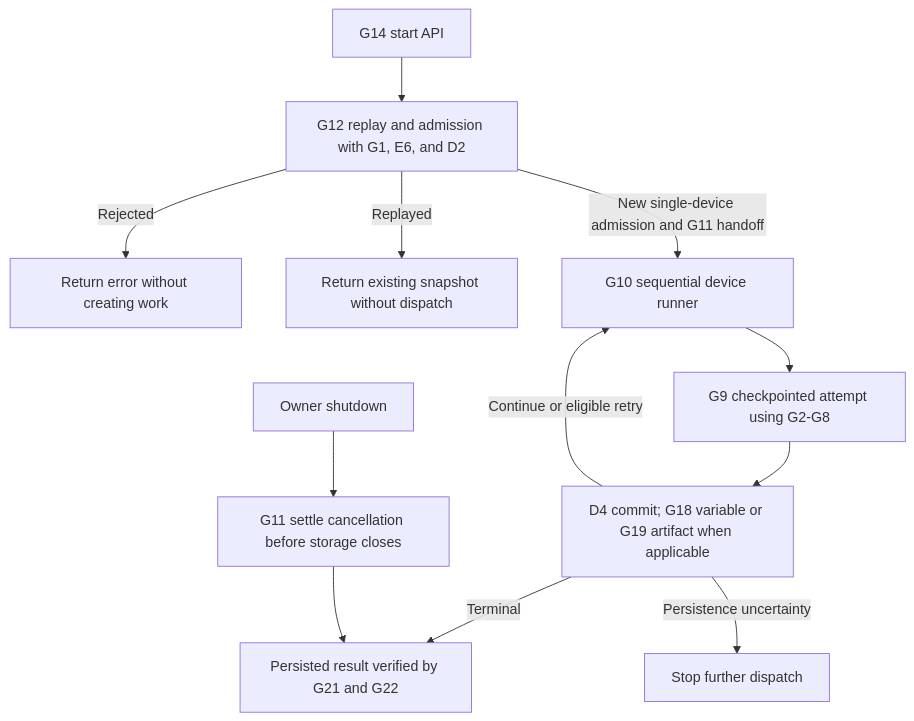
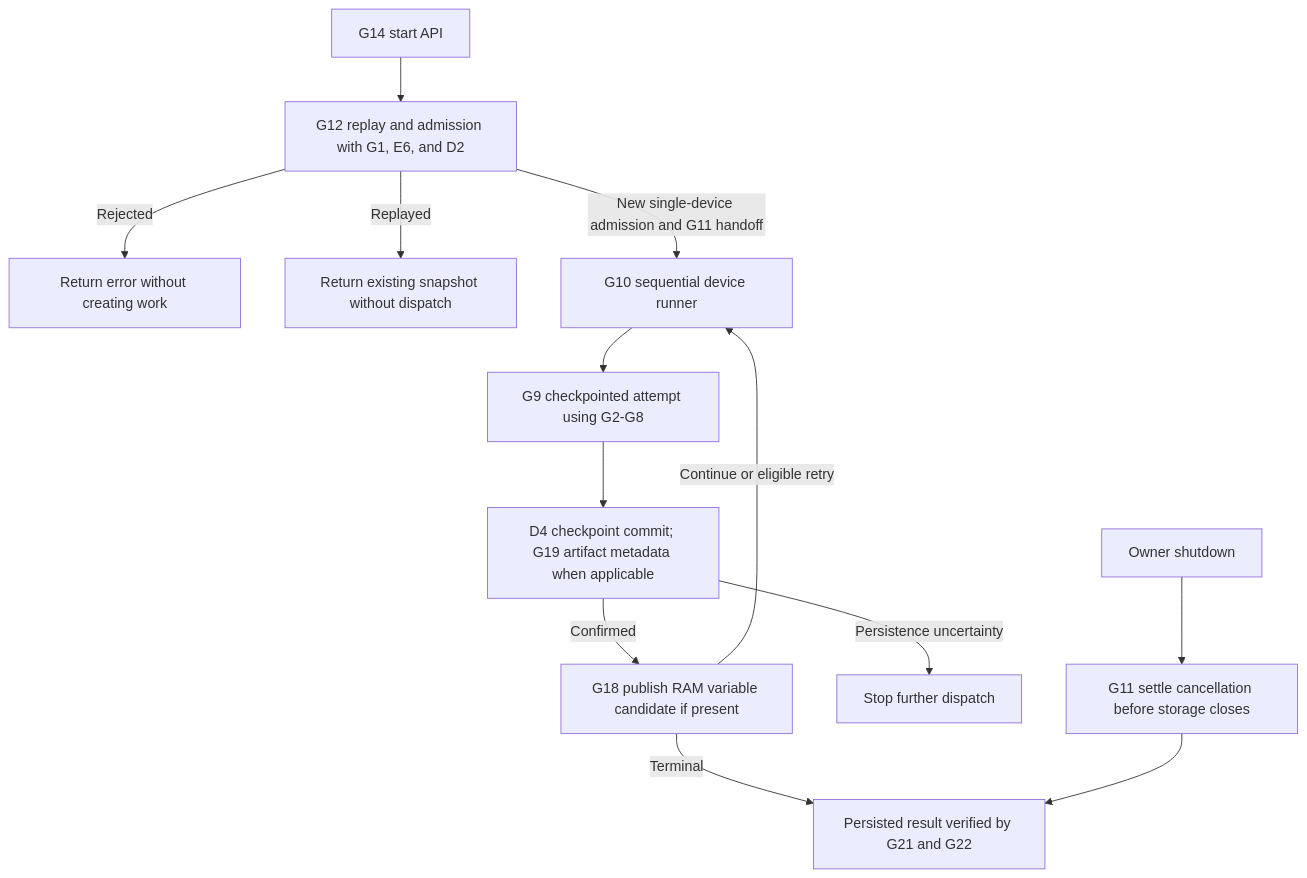
The diagram in components/a2matex-runtime/phases/phase_g.md (A2MaTex/a2matex-docs), drawn with Mermaid before and after one commit. The commit also changed other lines of this file and 19 other files, not shown here.

````diff
--- a/components/a2matex-runtime/phases/phase_g.md
+++ b/components/a2matex-runtime/phases/phase_g.md
@@ -11,14 +11,15 @@
 ```mermaid
 flowchart TD
     A[G14 start API] --> B[G12 replay and admission with G1, E6, and D2]
     B -->|Rejected| X[Return error without creating work]
     B -->|Replayed| Y[Return existing snapshot without dispatch]
     B -->|New single-device admission and G11 handoff| R[G10 sequential device runner]
     R --> N[G9 checkpointed attempt using G2-G8]
-    N --> C[D4 commit; G18 variable or G19 artifact when applicable]
-    C -->|Continue or eligible retry| R
-    C -->|Terminal| T[Persisted result verified by G21 and G22]
+    N --> C[D4 checkpoint commit; G19 artifact metadata when applicable]
+    C -->|Confirmed| P[G18 publish RAM variable candidate if present]
+    P -->|Continue or eligible retry| R
+    P -->|Terminal| T[Persisted result verified by G21 and G22]
     C -->|Persistence uncertainty| S[Stop further dispatch]
     O[Owner shutdown] --> K[G11 settle cancellation before storage closes]
     K --> T
 ```
````
